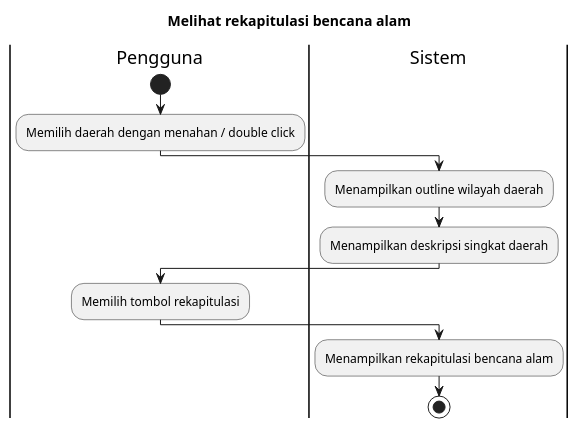
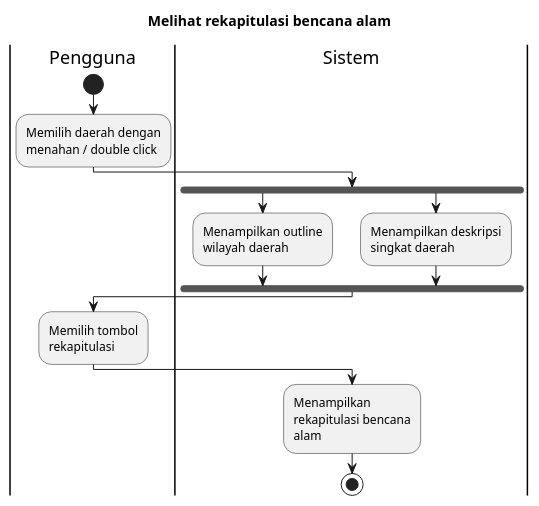
One commit to bagusNA/appl-diagrams changed the diagram in Activity Diagrams/UC-MAP - Peta Bencana/UC-MAP-003 - Melihat rekapitulasi bencana alam.puml. Above: the diagram before and after it, drawn with PlantUML. The commit also changed 55 other files, not shown here.

```diff
--- a/Activity Diagrams/UC-MAP - Peta Bencana/UC-MAP-003 - Melihat rekapitulasi bencana alam.puml
+++ b/Activity Diagrams/UC-MAP - Peta Bencana/UC-MAP-003 - Melihat rekapitulasi bencana alam.puml
@@ -1,21 +1,25 @@
 @startuml UC-MAP-003 - Melihat rekapitulasi bencana alam
+skinparam wrapWidth 140
 
 title Melihat rekapitulasi bencana alam
 
 |Pengguna|
 start
 :Memilih daerah dengan menahan / double click;
 
 |Sistem|
-:Menampilkan outline wilayah daerah;
-:Menampilkan deskripsi singkat daerah;
+fork
+  :Menampilkan outline wilayah daerah;
+fork again
+  :Menampilkan deskripsi singkat daerah;
+endfork
 
 |Pengguna|
 :Memilih tombol rekapitulasi;
 
 |Sistem|
 :Menampilkan rekapitulasi bencana alam;
 
 stop
 
 @enduml
```
